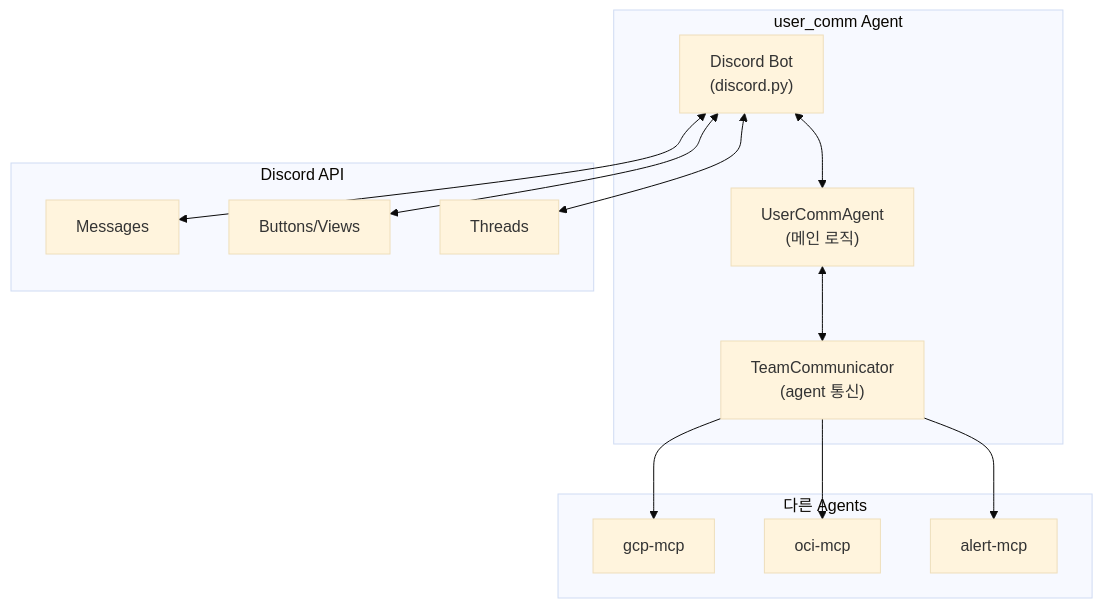
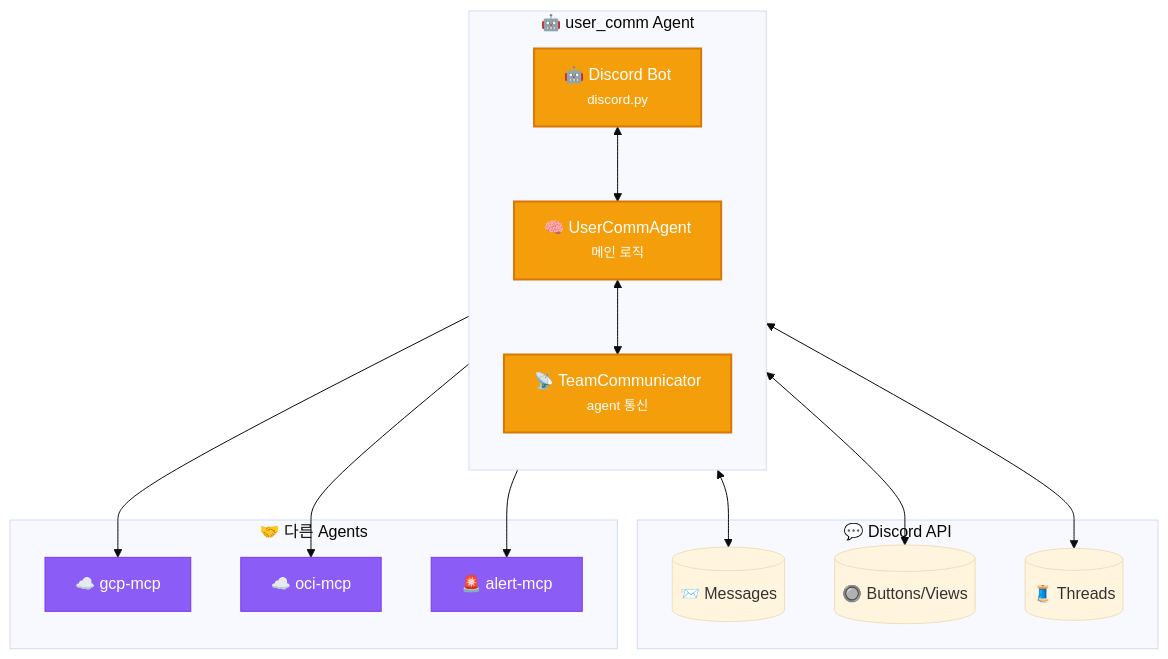
Before and after one commit to yarang/blogs: the second of 8 diagrams in content/ko/post/2026-03-01-013-discord-gateway-mcp-아키텍처-설계.md, drawn with Mermaid (base theme). The commit also changed other lines of this file and 4 other files, not shown here.

First line of the commit message:
Upgrade Mermaid diagrams with enhanced styling

````diff
--- a/content/ko/post/2026-03-01-013-discord-gateway-mcp-아키텍처-설계.md
+++ b/content/ko/post/2026-03-01-013-discord-gateway-mcp-아키텍처-설계.md
@@ -78,29 +89,36 @@
 ```mermaid
 flowchart TB
-    subgraph UserComm["user_comm Agent"]
-        DiscordBot["Discord Bot<br/>(discord.py)"]
-        Agent["UserCommAgent<br/>(메인 로직)"]
-        TeamComm["TeamCommunicator<br/>(agent 통신)"]
+    %% 스타일 정의
+    classDef core fill:#F59E0B,stroke:#D97706,color:#fff,stroke-width:2px
+    classDef discord fill:#5865F2,stroke:#404EED,color:#fff
+    classDef team fill:#8B5CF6,stroke:#7C3AED,color:#fff
+
+    subgraph UserComm["🤖 user_comm Agent"]
+        direction TB
+        DiscordBot["🤖 Discord Bot<br/><small>discord.py</small>"]:::core
+        Agent["🧠 UserCommAgent<br/><small>메인 로직</small>"]:::core
+        TeamComm["📡 TeamCommunicator<br/><small>agent 통신</small>"]:::core
+
+        DiscordBot <--> Agent
+        Agent <--> TeamComm
     end
 
-    subgraph Discord["Discord API"]
-        Messages[Messages]
-        Buttons[Buttons/Views]
-        Threads[Threads]
+    subgraph Discord["💬 Discord API"]
+        Messages[("📨 Messages")]
+        Buttons[("🔘 Buttons/Views")]
+        Threads[("🧵 Threads")]
     end
 
-    subgraph Team["다른 Agents"]
-        GCP[gcp-mcp]
-        OCI[oci-mcp]
-        Alert[alert-mcp]
+    subgraph Team["🤝 다른 Agents"]
+        GCP["☁️ gcp-mcp"]:::team
+        OCI["☁️ oci-mcp"]:::team
+        Alert["🚨 alert-mcp"]:::team
     end
 
     DiscordBot <--> Messages
     DiscordBot <--> Buttons
     DiscordBot <--> Threads
-    DiscordBot <--> Agent
-    Agent <--> TeamComm
     TeamComm --> GCP
     TeamComm --> OCI
     TeamComm --> Alert
 ```
````
